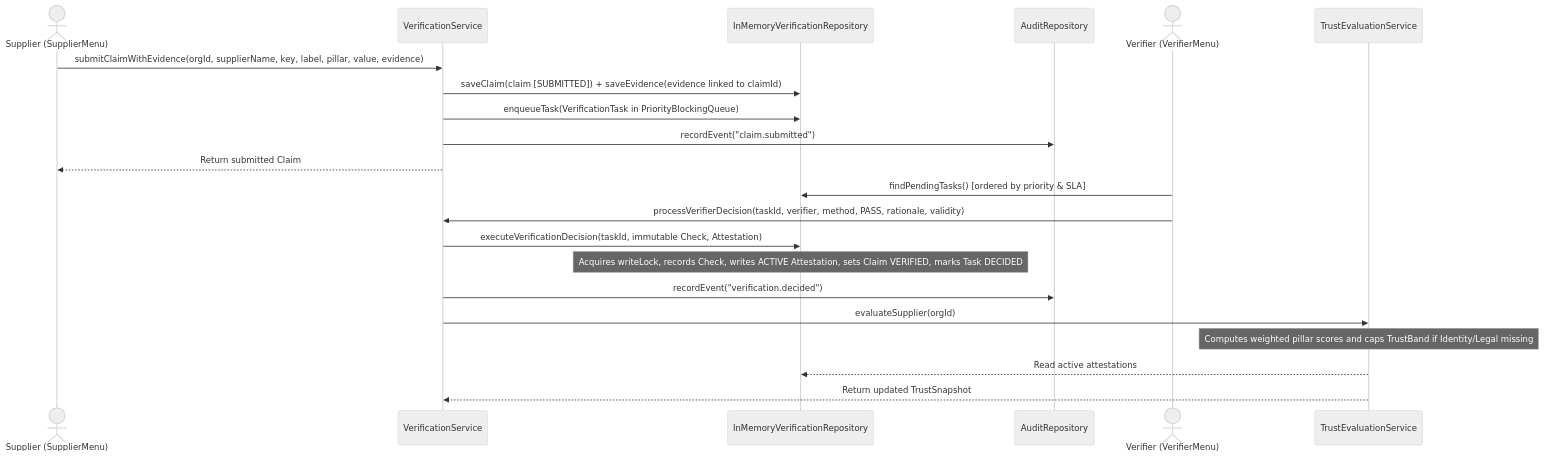
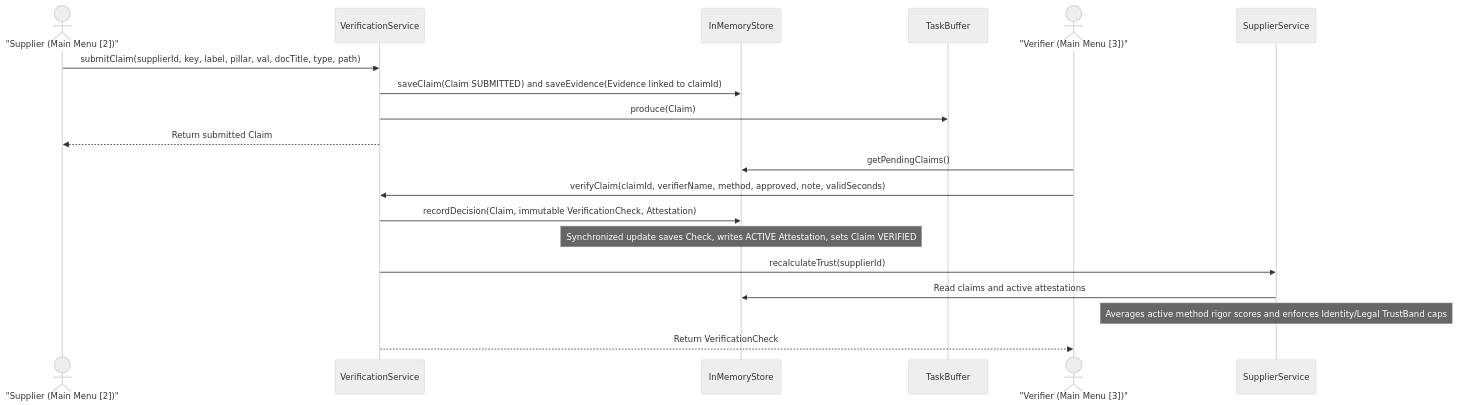
One commit to ArchitSublok/supify changed the fourth of 7 diagrams in docs/backend-architecture.md. Above: the diagram before and after it, drawn with Mermaid (neutral theme). The commit also changed other lines of this file and 77 other files, not shown here.

Commit message:
refactor(backend): simplify pure-Java backend to 20 files, redraw UML diagrams, and refresh tests

````diff
--- a/docs/backend-architecture.md
+++ b/docs/backend-architecture.md
@@ -605,25 +313,23 @@
 ```mermaid
 sequenceDiagram
-    actor Sup as Supplier (SupplierMenu)
+    actor Sup as "Supplier (Main Menu [2])"
     participant VS as VerificationService
-    participant VR as InMemoryVerificationRepository
-    participant AR as AuditRepository
-    actor Ver as Verifier (VerifierMenu)
-    participant TE as TrustEvaluationService
+    participant IS as InMemoryStore
+    participant TB as TaskBuffer
+    actor Ver as "Verifier (Main Menu [3])"
+    participant SS as SupplierService
 
-    Sup->>VS: submitClaimWithEvidence(orgId, supplierName, key, label, pillar, value, evidence)
-    VS->>VR: saveClaim(claim [SUBMITTED]) + saveEvidence(evidence linked to claimId)
-    VS->>VR: enqueueTask(VerificationTask in PriorityBlockingQueue)
-    VS->>AR: recordEvent("claim.submitted")
+    Sup->>VS: submitClaim(supplierId, key, label, pillar, val, docTitle, type, path)
+    VS->>IS: saveClaim(Claim SUBMITTED) and saveEvidence(Evidence linked to claimId)
+    VS->>TB: produce(Claim)
     VS-->>Sup: Return submitted Claim
 
-    Ver->>VR: findPendingTasks() [ordered by priority & SLA]
-    Ver->>VS: processVerifierDecision(taskId, verifier, method, PASS, rationale, validity)
-    VS->>VR: executeVerificationDecision(taskId, immutable Check, Attestation)
-    Note over VR: Acquires writeLock, records Check, writes ACTIVE Attestation, sets Claim VERIFIED, marks Task DECIDED
-    VS->>AR: recordEvent("verification.decided")
-    VS->>TE: evaluateSupplier(orgId)
-    Note over TE: Computes weighted pillar scores and caps TrustBand if Identity/Legal missing
-    TE-->>VR: Read active attestations
-    TE-->>VS: Return updated TrustSnapshot
+    Ver->>IS: getPendingClaims()
+    Ver->>VS: verifyClaim(claimId, verifierName, method, approved, note, validSeconds)
+    VS->>IS: recordDecision(Claim, immutable VerificationCheck, Attestation)
+    Note over IS: Synchronized update saves Check, writes ACTIVE Attestation, sets Claim VERIFIED
+    VS->>SS: recalculateTrust(supplierId)
+    SS->>IS: Read claims and active attestations
+    Note over SS: Averages active method rigor scores and enforces Identity/Legal TrustBand caps
+    VS-->>Ver: Return VerificationCheck
 ```
````
